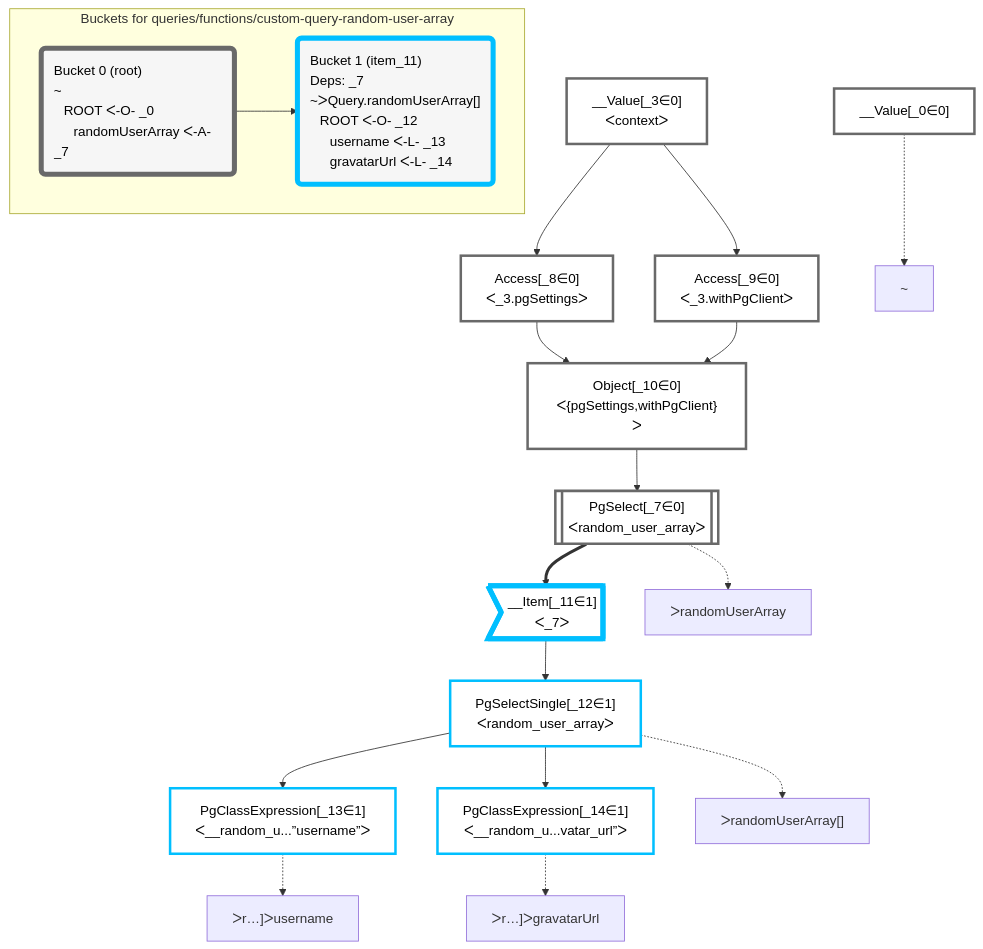
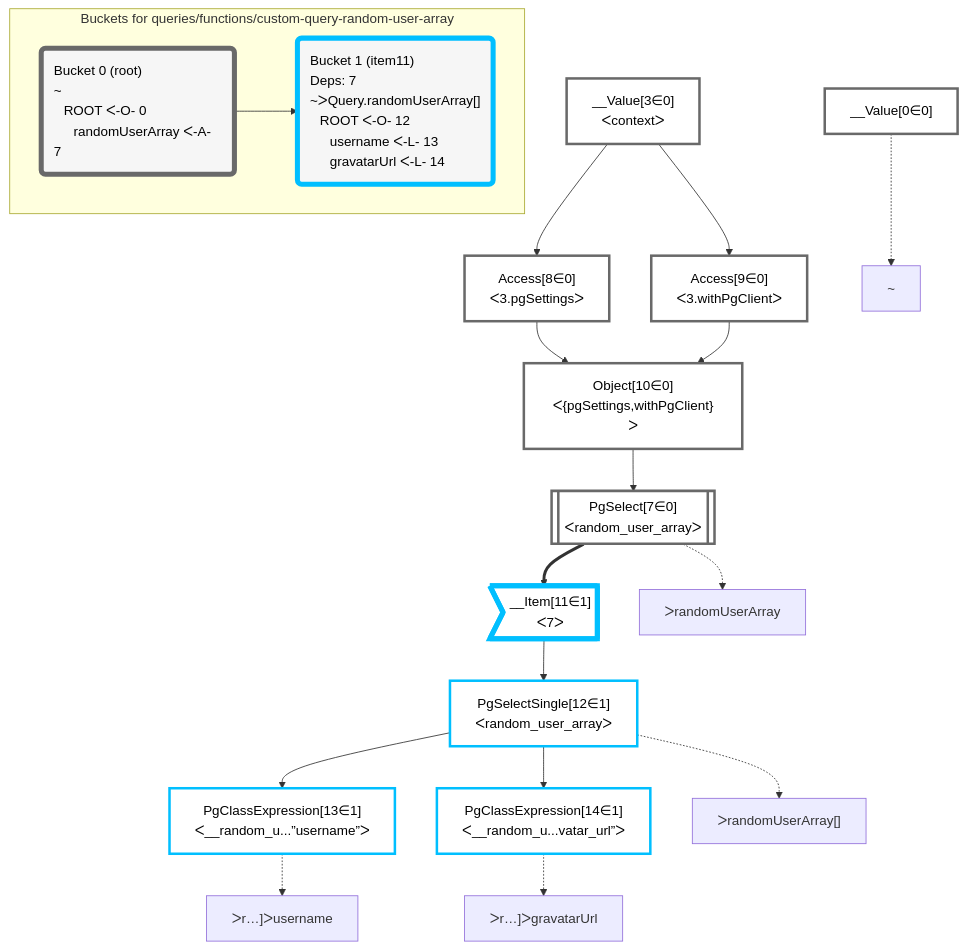
Before and after one commit to graphile/crystal: the diagram in packages/dataplan-pg/__tests__/queries/functions/custom-query-random-user-array.mermaid.md, drawn with Mermaid. The commit also changed 195 other files, not shown here.

````diff
--- a/packages/dataplan-pg/__tests__/queries/functions/custom-query-random-user-array.mermaid.md
+++ b/packages/dataplan-pg/__tests__/queries/functions/custom-query-random-user-array.mermaid.md
@@ -1,53 +1,53 @@
 ```mermaid
 graph TD
     classDef path fill:#eee,stroke:#000,color:#000
     classDef plan fill:#fff,stroke-width:3px,color:#000
     classDef itemplan fill:#fff,stroke-width:6px,color:#000
     classDef sideeffectplan fill:#f00,stroke-width:6px,color:#000
     classDef bucket fill:#f6f6f6,color:#000,stroke-width:6px,text-align:left
 
 
     %% define plans
-    __Value_0["__Value[_0∈0]"]:::plan
-    PgClassExpression_13["PgClassExpression[_13∈1]<br />ᐸ__random_u...”username”ᐳ"]:::plan
-    PgClassExpression_14["PgClassExpression[_14∈1]<br />ᐸ__random_u...vatar_url”ᐳ"]:::plan
-    PgSelectSingle_12["PgSelectSingle[_12∈1]<br />ᐸrandom_user_arrayᐳ"]:::plan
-    __Item_11>"__Item[_11∈1]<br />ᐸ_7ᐳ"]:::itemplan
-    PgSelect_7[["PgSelect[_7∈0]<br />ᐸrandom_user_arrayᐳ"]]:::plan
-    Object_10["Object[_10∈0]<br />ᐸ{pgSettings,withPgClient}ᐳ"]:::plan
-    Access_8["Access[_8∈0]<br />ᐸ_3.pgSettingsᐳ"]:::plan
-    Access_9["Access[_9∈0]<br />ᐸ_3.withPgClientᐳ"]:::plan
-    __Value_3["__Value[_3∈0]<br />ᐸcontextᐳ"]:::plan
+    __Value0["__Value[0∈0]"]:::plan
+    PgClassExpression13["PgClassExpression[13∈1]<br />ᐸ__random_u...”username”ᐳ"]:::plan
+    PgClassExpression14["PgClassExpression[14∈1]<br />ᐸ__random_u...vatar_url”ᐳ"]:::plan
+    PgSelectSingle12["PgSelectSingle[12∈1]<br />ᐸrandom_user_arrayᐳ"]:::plan
+    __Item11>"__Item[11∈1]<br />ᐸ7ᐳ"]:::itemplan
+    PgSelect7[["PgSelect[7∈0]<br />ᐸrandom_user_arrayᐳ"]]:::plan
+    Object10["Object[10∈0]<br />ᐸ{pgSettings,withPgClient}ᐳ"]:::plan
+    Access8["Access[8∈0]<br />ᐸ3.pgSettingsᐳ"]:::plan
+    Access9["Access[9∈0]<br />ᐸ3.withPgClientᐳ"]:::plan
+    __Value3["__Value[3∈0]<br />ᐸcontextᐳ"]:::plan
 
     %% plan dependencies
-    PgSelectSingle_12 --> PgClassExpression_13
-    PgSelectSingle_12 --> PgClassExpression_14
-    __Item_11 --> PgSelectSingle_12
-    PgSelect_7 ==> __Item_11
-    Object_10 --> PgSelect_7
-    Access_8 & Access_9 --> Object_10
-    __Value_3 --> Access_8
-    __Value_3 --> Access_9
+    PgSelectSingle12 --> PgClassExpression13
+    PgSelectSingle12 --> PgClassExpression14
+    __Item11 --> PgSelectSingle12
+    PgSelect7 ==> __Item11
+    Object10 --> PgSelect7
+    Access8 & Access9 --> Object10
+    __Value3 --> Access8
+    __Value3 --> Access9
 
     %% plan-to-path relationships
-    P_0["~"]
-    __Value_0 -.-> P_0
-    P_7["ᐳrandomUserArray"]
-    PgSelect_7 -.-> P_7
-    P_12["ᐳrandomUserArray[]"]
-    PgSelectSingle_12 -.-> P_12
-    P_13["ᐳr…]ᐳusername"]
-    PgClassExpression_13 -.-> P_13
-    P_14["ᐳr…]ᐳgravatarUrl"]
-    PgClassExpression_14 -.-> P_14
+    P0["~"]
+    __Value0 -.-> P0
+    P7["ᐳrandomUserArray"]
+    PgSelect7 -.-> P7
+    P12["ᐳrandomUserArray[]"]
+    PgSelectSingle12 -.-> P12
+    P13["ᐳr…]ᐳusername"]
+    PgClassExpression13 -.-> P13
+    P14["ᐳr…]ᐳgravatarUrl"]
+    PgClassExpression14 -.-> P14
 
     subgraph "Buckets for queries/functions/custom-query-random-user-array"
-    Bucket0("Bucket 0 (root)<br />~<br />⠀ROOT ᐸ-O- _0<br />⠀⠀randomUserArray ᐸ-A- _7"):::bucket
+    Bucket0("Bucket 0 (root)<br />~<br />⠀ROOT ᐸ-O- 0<br />⠀⠀randomUserArray ᐸ-A- 7"):::bucket
     classDef bucket0 stroke:#696969
-    class Bucket0,__Value_0,__Value_3,PgSelect_7,Access_8,Access_9,Object_10 bucket0
-    Bucket1("Bucket 1 (item_11)<br />Deps: _7<br />~ᐳQuery.randomUserArray[]<br />⠀ROOT ᐸ-O- _12<br />⠀⠀username ᐸ-L- _13<br />⠀⠀gravatarUrl ᐸ-L- _14"):::bucket
+    class Bucket0,__Value0,__Value3,PgSelect7,Access8,Access9,Object10 bucket0
+    Bucket1("Bucket 1 (item11)<br />Deps: 7<br />~ᐳQuery.randomUserArray[]<br />⠀ROOT ᐸ-O- 12<br />⠀⠀username ᐸ-L- 13<br />⠀⠀gravatarUrl ᐸ-L- 14"):::bucket
     classDef bucket1 stroke:#00bfff
-    class Bucket1,__Item_11,PgSelectSingle_12,PgClassExpression_13,PgClassExpression_14 bucket1
+    class Bucket1,__Item11,PgSelectSingle12,PgClassExpression13,PgClassExpression14 bucket1
     Bucket0 --> Bucket1
     end
 ```
````
